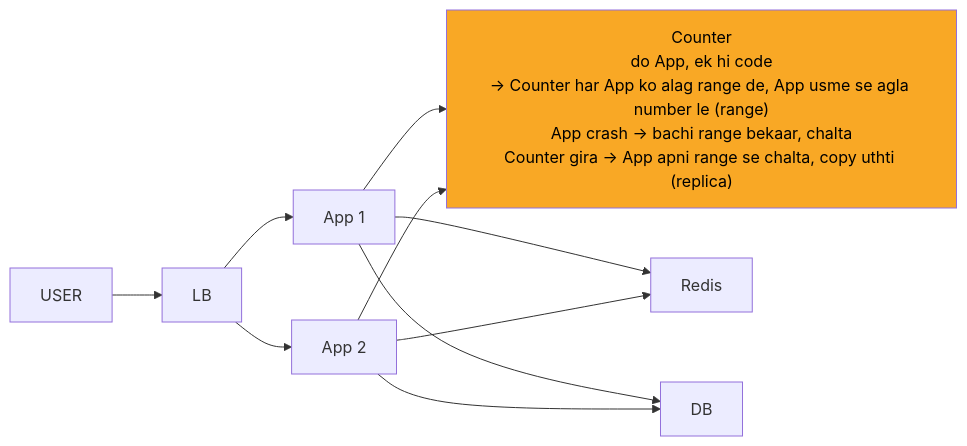
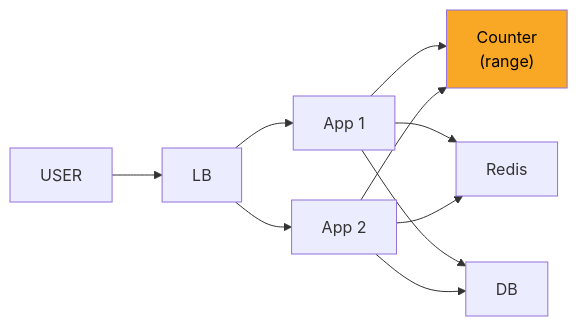
Before and after one commit to ArpanMaheshwari144/Prep: the diagram in 04_HLD/SYSTEM_DESIGNS/01_url_shortener/img/c3.mmd, drawn with Mermaid. The commit also changed 29 other files, not shown here.

```diff
--- a/04_HLD/SYSTEM_DESIGNS/01_url_shortener/img/c3.mmd
+++ b/04_HLD/SYSTEM_DESIGNS/01_url_shortener/img/c3.mmd
@@ -1,19 +1,19 @@
 %%{init: {"flowchart": {"wrappingWidth": 450}}}%%
 flowchart LR
     n_USER["USER"]
     n_LB["LB"]
     n_App_x_N_1["App 1"]
     n_App_x_N_2["App 2"]
-    n_Counter["Counter<br/>do App, ek hi code<br/>-> Counter har App ko alag range de, App usme se agla number le (range)<br/>App crash -> bachi range bekaar, chalta<br/>Counter gira -> App apni range se chalta, copy uthti (replica)"]
+    n_Counter["Counter<br/>(range)"]
     n_Redis["Redis"]
     n_DB["DB"]
     n_USER --> n_LB
     n_LB --> n_App_x_N_1
     n_LB --> n_App_x_N_2
     n_App_x_N_1 --> n_Counter
     n_App_x_N_2 --> n_Counter
     n_App_x_N_1 --> n_Redis
     n_App_x_N_2 --> n_Redis
     n_App_x_N_1 --> n_DB
     n_App_x_N_2 --> n_DB
     style n_Counter fill:#f9a825,color:#000
```
